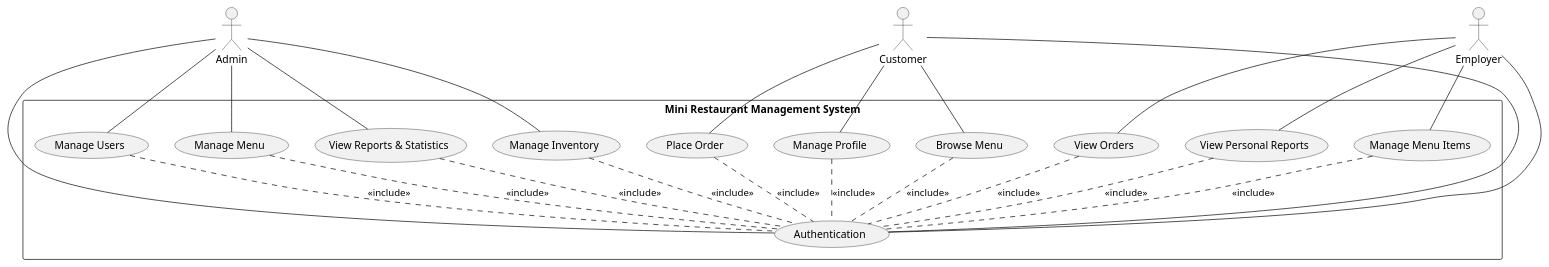
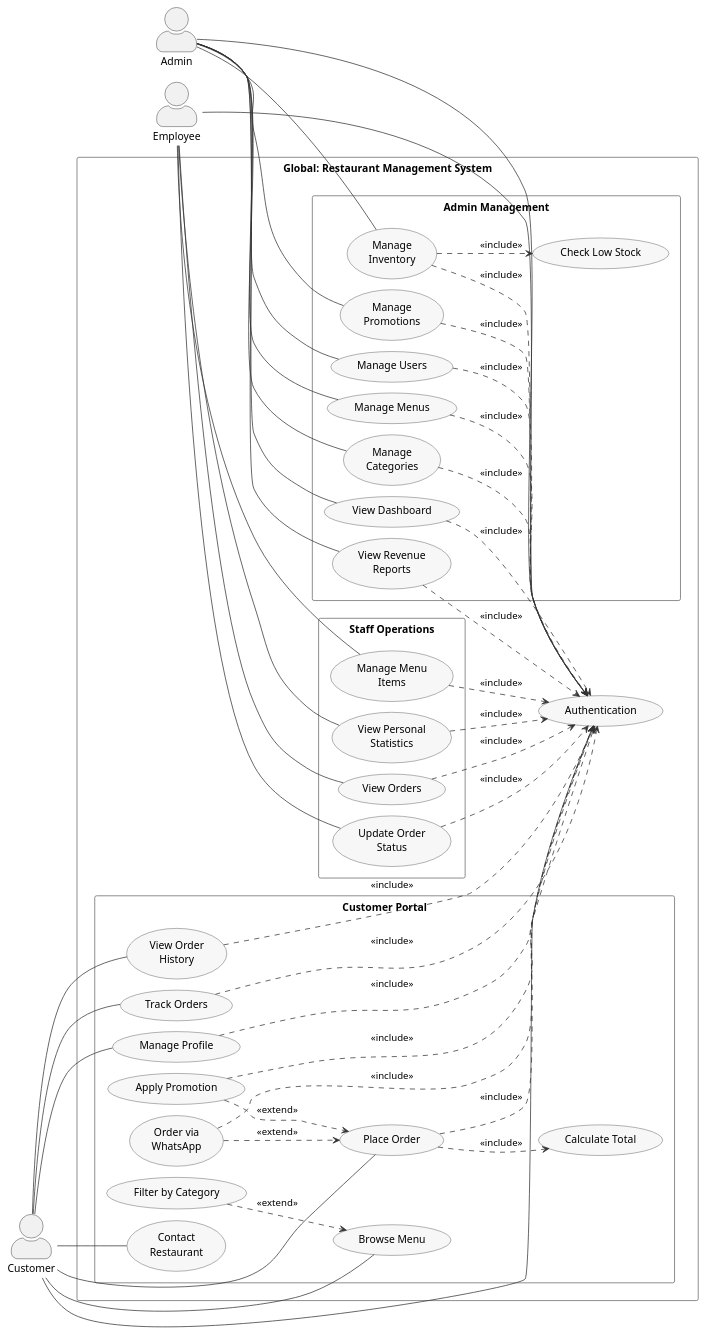
One commit to Med-Ouallou/projet-finale-PFF changed the diagram in Analyse/Usecase_Diagram/global-usecase.puml. Above: the diagram before and after it, drawn with PlantUML. The commit also changed 19 other files, not shown here.

Commit message:
feat: add use case specifications and PlantUML diagrams for administrative, employee, and customer modules

```diff
--- a/Analyse/Usecase_Diagram/global-usecase.puml
+++ b/Analyse/Usecase_Diagram/global-usecase.puml
@@ -1,43 +1,123 @@
 @startuml
-top to bottom direction
+left to right direction
 skinparam packageStyle rectangle
+skinparam actorStyle awesome
 
-actor Admin
-actor Employer
-actor Customer
+' ===== STYLE =====
+skinparam backgroundColor #FFFFFF
+skinparam usecase {
+    BackgroundColor #F7F7F7
+    BorderColor #333333
+    ArrowColor #333333
+}
+skinparam actor {
+    BorderColor #000000
+}
+skinparam package {
+    BackgroundColor #FFFFFF
+    BorderColor #666666
+}
 
-rectangle "Mini Restaurant Management System" {
+' ===== COMPACT LAYOUT =====
+skinparam nodesep 15
+skinparam ranksep 20
+skinparam padding 3
+skinparam packagePadding 5
+skinparam usecasePadding 5
+skinparam wrapWidth 120
 
-    (Authentication)
+' ===== ACTORS =====
+actor "Admin" as Admin
+actor "Employee" as Employee
+actor "Customer" as Customer
 
-    Admin -- (Manage Users)
-    Admin -- (Manage Menu)
-    Admin -- (View Reports & Statistics)
-    Admin -- (Manage Inventory)
-    Admin -- (Authentication)
+' ===== SYSTEM =====
+rectangle "Global: Restaurant Management System" {
 
-    Employer -- (View Orders)
-    Employer -- (View Personal Reports)
-    Employer -- (Manage Menu Items)
-    Employer -- (Authentication)
+    usecase "Authentication" as AuthUC
 
-    Customer -- (Browse Menu)
-    Customer -- (Place Order)
-    Customer -- (Manage Profile)
-    Customer -- (Authentication)
+    package "Admin Management" {
+        usecase "Manage Users" as UA1
+        usecase "Manage Menus" as UA2
+        usecase "Manage Categories" as UA3
+        usecase "View Dashboard" as UA4
+        usecase "View Revenue Reports" as UA5
+        usecase "Manage Inventory" as UA6
+        usecase "Manage Promotions" as UA7
+        usecase "Check Low Stock" as UA6INC
+    }
 
-    ' include relationships (lines only, no arrows)
-    (Manage Users) .. (Authentication) : <<include>>
-    (Manage Menu) .. (Authentication) : <<include>>
-    (View Reports & Statistics) .. (Authentication) : <<include>>
-    (Manage Inventory) .. (Authentication) : <<include>>
+    package "Staff Operations" {
+        usecase "View Orders" as UE1
+        usecase "Update Order Status" as UE2
+        usecase "Manage Menu Items" as UE3
+        usecase "View Personal Statistics" as UE4
+    }
 
-    (View Orders) .. (Authentication) : <<include>>
-    (View Personal Reports) .. (Authentication) : <<include>>
-    (Manage Menu Items) .. (Authentication) : <<include>>
+    package "Customer Portal" {
+        usecase "Browse Menu" as UC1
+        usecase "Filter by Category" as UC1EXT
+        usecase "Contact Restaurant" as UC6
+        usecase "Place Order" as UC2
+        usecase "Order via WhatsApp" as UC2WA
+        usecase "Apply Promotion" as UC2PROMO
+        usecase "Track Orders" as UC3
+        usecase "Manage Profile" as UC4
+        usecase "View Order History" as UC5
+        usecase "Calculate Total" as UC2CALC
+    }
 
-    (Browse Menu) .. (Authentication) : <<include>>
-    (Place Order) .. (Authentication) : <<include>>
-    (Manage Profile) .. (Authentication) : <<include>>
+    ' ── Authentication includes ──
+    UA1 ..> AuthUC : <<include>>
+    UA2 ..> AuthUC : <<include>>
+    UA3 ..> AuthUC : <<include>>
+    UA4 ..> AuthUC : <<include>>
+    UA5 ..> AuthUC : <<include>>
+    UA6 ..> AuthUC : <<include>>
+    UA7 ..> AuthUC : <<include>>
+    
+    UE1 ..> AuthUC : <<include>>
+    UE2 ..> AuthUC : <<include>>
+    UE3 ..> AuthUC : <<include>>
+    UE4 ..> AuthUC : <<include>>
+    
+    UC2 ..> AuthUC : <<include>>
+    UC3 ..> AuthUC : <<include>>
+    UC4 ..> AuthUC : <<include>>
+    UC5 ..> AuthUC : <<include>>
+    UC2WA ..> AuthUC : <<include>>
+    UC2PROMO ..> AuthUC : <<include>>
+    
+    ' ── Other relationships ──
+    UA6 ..> UA6INC : <<include>>
+    UC2 ..> UC2CALC : <<include>>
+    UC1EXT ..> UC1 : <<extend>>
+    UC2WA ..> UC2 : <<extend>>
+    UC2PROMO ..> UC2 : <<extend>>
 }
+
+' ===== ACTOR CONNECTIONS =====
+Admin -- UA1
+Admin -- UA2
+Admin -- UA3
+Admin -- UA4
+Admin -- UA5
+Admin -- UA6
+Admin -- UA7
+Admin -- AuthUC
+
+Employee -- UE1
+Employee -- UE2
+Employee -- UE3
+Employee -- UE4
+Employee -- AuthUC
+
+Customer -- UC1
+Customer -- UC6
+Customer -- UC2
+Customer -- UC3
+Customer -- UC4
+Customer -- UC5
+Customer -- AuthUC
+
 @enduml
```
